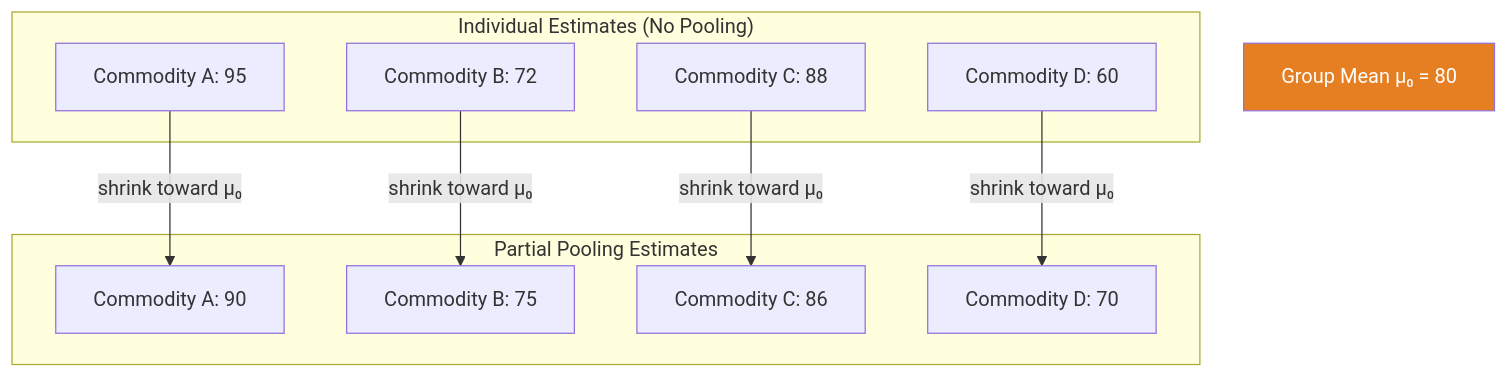
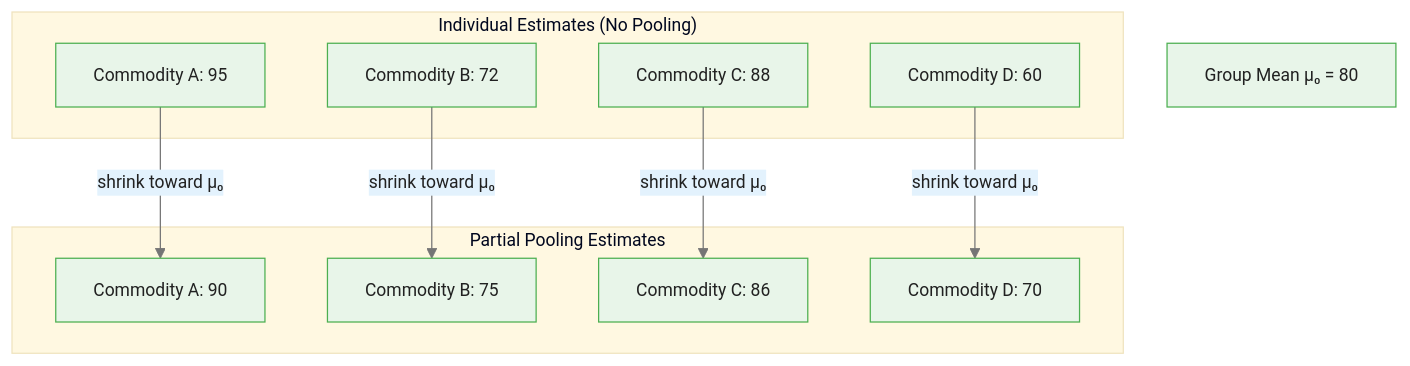
The second of 4 diagrams in courses/bayesian-commodity-forecasting/modules/module_04_hierarchical/guides/01_partial_pooling_slides.md (m-deane/course-creator), drawn with Mermaid before and after one commit. The commit also changed other lines of this file and 104 other files, not shown here.

````diff
--- a/courses/bayesian-commodity-forecasting/modules/module_04_hierarchical/guides/01_partial_pooling_slides.md
+++ b/courses/bayesian-commodity-forecasting/modules/module_04_hierarchical/guides/01_partial_pooling_slides.md
@@ -85,21 +99,21 @@
 ```mermaid
+%%{init: {"theme": "base", "themeVariables": {"primaryColor": "#e8f5e9", "primaryBorderColor": "#4caf50", "primaryTextColor": "#212121", "secondaryColor": "#e3f2fd", "tertiaryColor": "#fff8e1", "lineColor": "#757575", "fontFamily": "Inter, sans-serif", "fontSize": "14px"}}}%%
 flowchart TD
     subgraph Before["Individual Estimates (No Pooling)"]
         E1["Commodity A: 95"]
         E2["Commodity B: 72"]
         E3["Commodity C: 88"]
         E4["Commodity D: 60"]
     end
     subgraph After["Partial Pooling Estimates"]
         P1["Commodity A: 90"]
         P2["Commodity B: 75"]
         P3["Commodity C: 86"]
         P4["Commodity D: 70"]
     end
     GM["Group Mean μ₀ = 80"]
     E1 -->|"shrink toward μ₀"| P1
     E2 -->|"shrink toward μ₀"| P2
     E3 -->|"shrink toward μ₀"| P3
     E4 -->|"shrink toward μ₀"| P4
-    style GM fill:#e67e22,color:#fff
 ```
````
